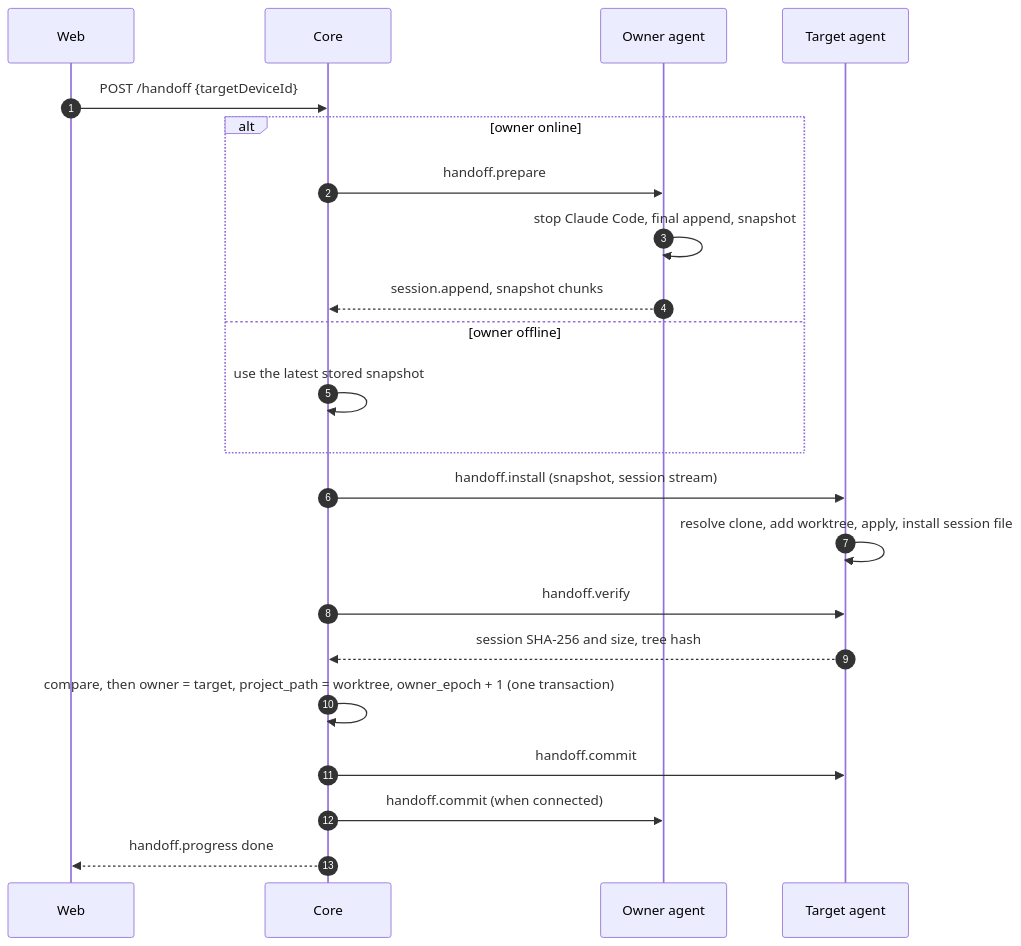
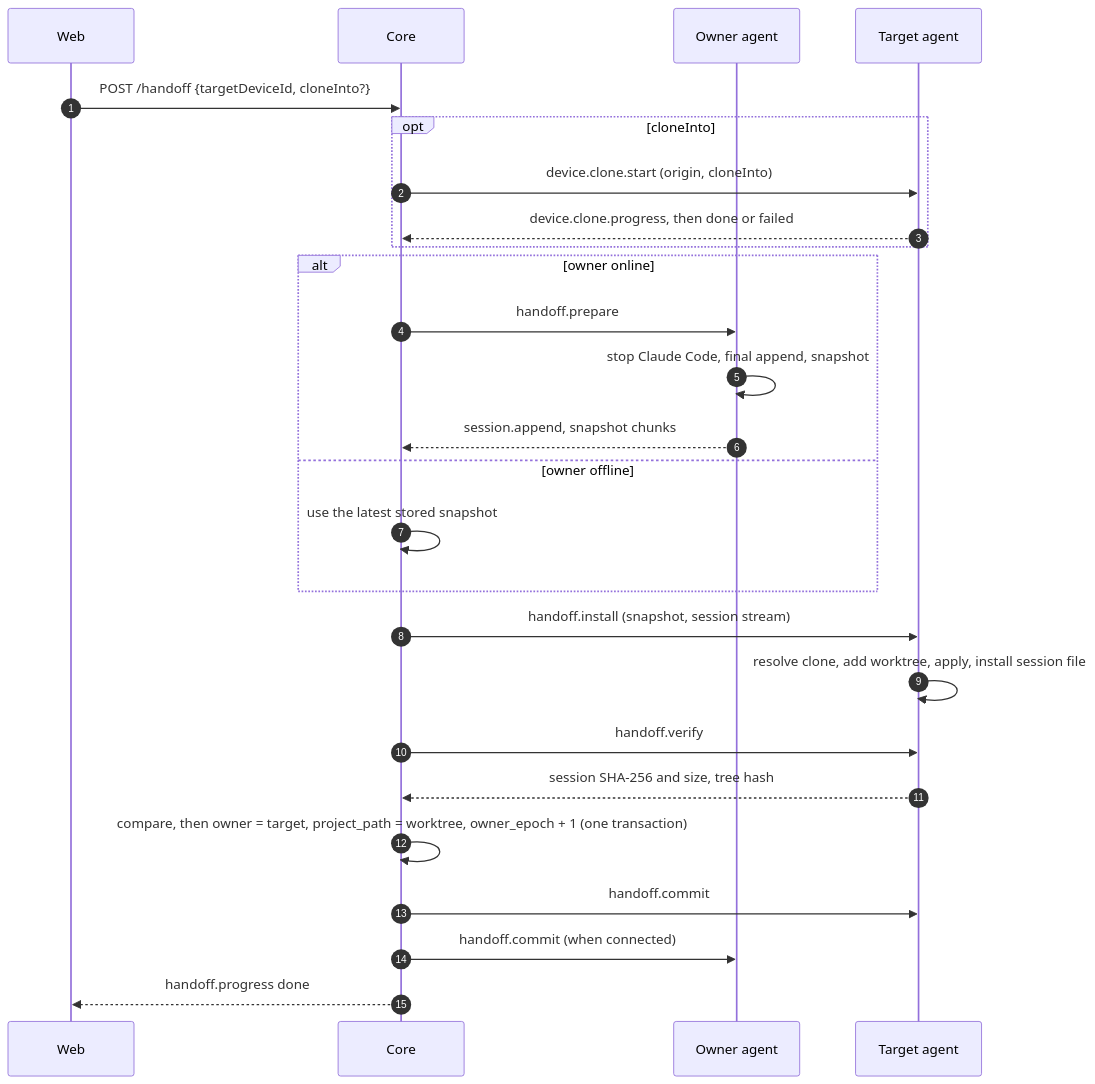
One commit to yangflow/hoplet changed the second of 2 diagrams in docs/architecture.md. Above: the diagram before and after it, drawn with Mermaid. The commit also changed other lines of this file and 55 other files, not shown here.

Commit message:
feat: Clone the repository on a handoff target that has none (#121)

````diff
--- a/docs/architecture.md
+++ b/docs/architecture.md
@@ -264,24 +276,28 @@
 ```mermaid
 sequenceDiagram
   autonumber
   participant Web
   participant Core
   participant Src as Owner agent
   participant Dst as Target agent
-  Web->>Core: POST /handoff {targetDeviceId}
+  Web->>Core: POST /handoff {targetDeviceId, cloneInto?}
+  opt cloneInto
+    Core->>Dst: device.clone.start (origin, cloneInto)
+    Dst-->>Core: device.clone.progress, then done or failed
+  end
   alt owner online
     Core->>Src: handoff.prepare
     Src->>Src: stop Claude Code, final append, snapshot
     Src-->>Core: session.append, snapshot chunks
   else owner offline
     Core->>Core: use the latest stored snapshot
   end
   Core->>Dst: handoff.install (snapshot, session stream)
   Dst->>Dst: resolve clone, add worktree, apply, install session file
   Core->>Dst: handoff.verify
   Dst-->>Core: session SHA-256 and size, tree hash
   Core->>Core: compare, then owner = target, project_path = worktree, owner_epoch + 1 (one transaction)
   Core->>Dst: handoff.commit
   Core->>Src: handoff.commit (when connected)
   Core-->>Web: handoff.progress done
 ```
````
